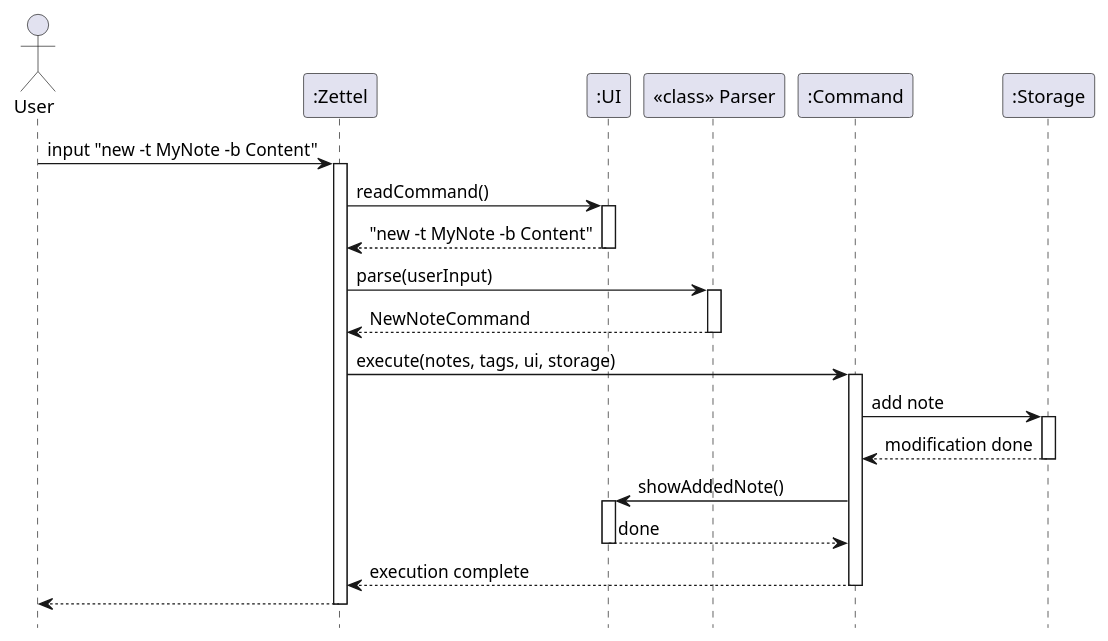
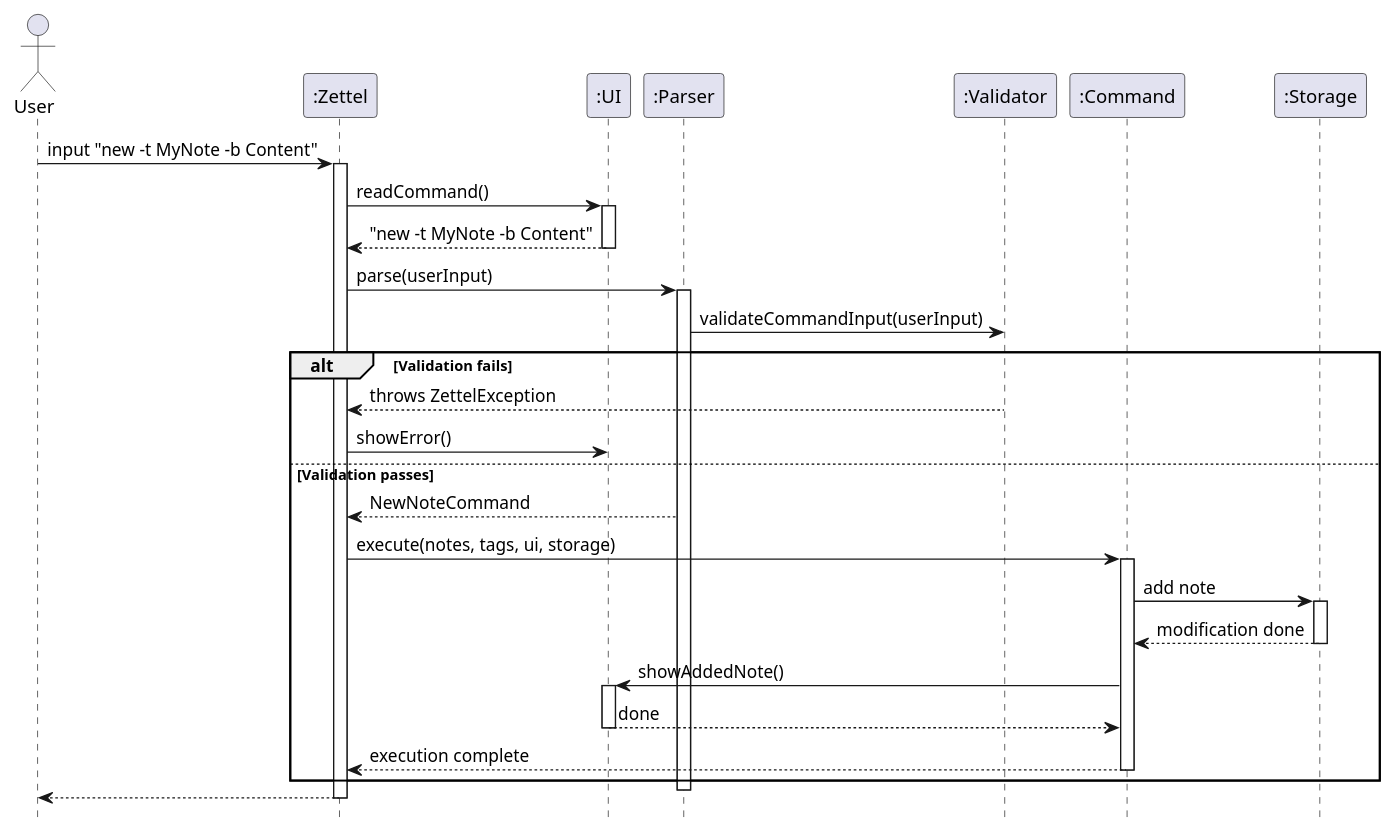
One commit to shauntsr/tp changed the diagram in docs/diagrams/ArchitectureSequence.puml. Above: the diagram before and after it, drawn with PlantUML. The commit also changed other lines of this file and 46 other files, not shown here.

Commit message:
Replace all puml .pngs with .svgs, update ArchitectureSequence and ParserSequence to show Validator

```diff
--- a/docs/diagrams/ArchitectureSequence.puml
+++ b/docs/diagrams/ArchitectureSequence.puml
@@ -1,41 +2,49 @@
 @startuml ArchitectureSequence
 hide footbox
 
 actor User
 participant ":Zettel"
 participant ":UI"
-participant "<<class>> Parser" as Parser
+participant ":Parser"
+participant ":Validator"
 participant ":Command"
 participant ":Storage"
-
 
 User -> ":Zettel": input "new -t MyNote -b Content"
 activate ":Zettel"
 ":Zettel" -> ":UI": readCommand()
 activate ":UI"
 ":UI" --> ":Zettel": "new -t MyNote -b Content"
 deactivate ":UI"
 
-":Zettel" -> "Parser": parse(userInput)
-activate "Parser"
-"Parser" --> ":Zettel": NewNoteCommand
-deactivate "Parser"
+":Zettel" -> ":Parser": parse(userInput)
+activate ":Parser"
 
-":Zettel" -> ":Command": execute(notes, tags, ui, storage)
-activate ":Command"
+":Parser" -> ":Validator": validateCommandInput(userInput)
+alt Validation fails
+    ":Validator" --> ":Zettel": throws ZettelException
+    ":Zettel" -> ":UI": showError()
+else Validation passes
+    ":Parser" --> ":Zettel": NewNoteCommand
 
-":Command" -> ":Storage": add note
-activate ":Storage"
-":Storage" --> ":Command": modification done
-deactivate ":Storage"
+    ":Zettel" -> ":Command": execute(notes, tags, ui, storage)
+    activate ":Command"
 
-":Command" -> ":UI": showAddedNote()
-activate ":UI"
-":UI" --> ":Command": done
-deactivate ":UI"
+    ":Command" -> ":Storage": add note
+    activate ":Storage"
+    ":Storage" --> ":Command": modification done
+    deactivate ":Storage"
 
-":Command" --> ":Zettel": execution complete
-deactivate ":Command"
+    ":Command" -> ":UI": showAddedNote()
+    activate ":UI"
+    ":UI" --> ":Command": done
+    deactivate ":UI"
+
+    ":Command" --> ":Zettel": execution complete
+    deactivate ":Command"
+end
+deactivate ":Parser"
+
 ":Zettel" --> "User"
 deactivate ":Zettel"
 @enduml
```
